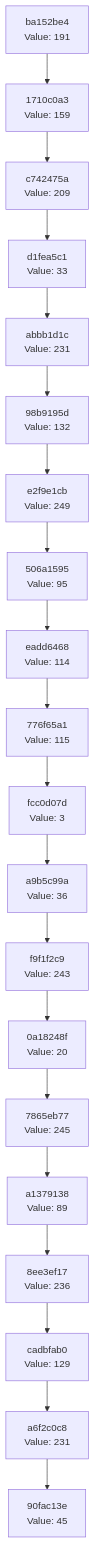
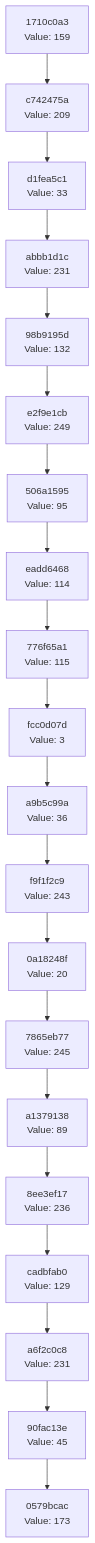
One commit to Abhisheksinha1506/hash-chain-evolver changed the diagram in docs/CHAIN_VISUALIZATION.md. Above: the diagram before and after it, drawn with Mermaid. The commit also changed 2 other files, not shown here.

Commit message:
Evolution Step

````diff
--- a/docs/CHAIN_VISUALIZATION.md
+++ b/docs/CHAIN_VISUALIZATION.md
@@ -3,42 +3,42 @@
 ```mermaid
 graph TD
-    C0["90fac13e<br/>Value: 45"]
-    C1["a6f2c0c8<br/>Value: 231"]
+    C0["0579bcac<br/>Value: 173"]
+    C1["90fac13e<br/>Value: 45"]
     C1 --> C0
-    C2["cadbfab0<br/>Value: 129"]
+    C2["a6f2c0c8<br/>Value: 231"]
     C2 --> C1
-    C3["8ee3ef17<br/>Value: 236"]
+    C3["cadbfab0<br/>Value: 129"]
     C3 --> C2
-    C4["a1379138<br/>Value: 89"]
+    C4["8ee3ef17<br/>Value: 236"]
     C4 --> C3
-    C5["7865eb77<br/>Value: 245"]
+    C5["a1379138<br/>Value: 89"]
     C5 --> C4
-    C6["0a18248f<br/>Value: 20"]
+    C6["7865eb77<br/>Value: 245"]
     C6 --> C5
-    C7["f9f1f2c9<br/>Value: 243"]
+    C7["0a18248f<br/>Value: 20"]
     C7 --> C6
-    C8["a9b5c99a<br/>Value: 36"]
+    C8["f9f1f2c9<br/>Value: 243"]
     C8 --> C7
-    C9["fcc0d07d<br/>Value: 3"]
+    C9["a9b5c99a<br/>Value: 36"]
     C9 --> C8
-    C10["776f65a1<br/>Value: 115"]
+    C10["fcc0d07d<br/>Value: 3"]
     C10 --> C9
-    C11["eadd6468<br/>Value: 114"]
+    C11["776f65a1<br/>Value: 115"]
     C11 --> C10
-    C12["506a1595<br/>Value: 95"]
+    C12["eadd6468<br/>Value: 114"]
     C12 --> C11
-    C13["e2f9e1cb<br/>Value: 249"]
+    C13["506a1595<br/>Value: 95"]
     C13 --> C12
-    C14["98b9195d<br/>Value: 132"]
+    C14["e2f9e1cb<br/>Value: 249"]
     C14 --> C13
-    C15["abbb1d1c<br/>Value: 231"]
+    C15["98b9195d<br/>Value: 132"]
     C15 --> C14
-    C16["d1fea5c1<br/>Value: 33"]
+    C16["abbb1d1c<br/>Value: 231"]
     C16 --> C15
-    C17["c742475a<br/>Value: 209"]
+    C17["d1fea5c1<br/>Value: 33"]
     C17 --> C16
-    C18["1710c0a3<br/>Value: 159"]
+    C18["c742475a<br/>Value: 209"]
     C18 --> C17
-    C19["ba152be4<br/>Value: 191"]
+    C19["1710c0a3<br/>Value: 159"]
     C19 --> C18
 ```
````
